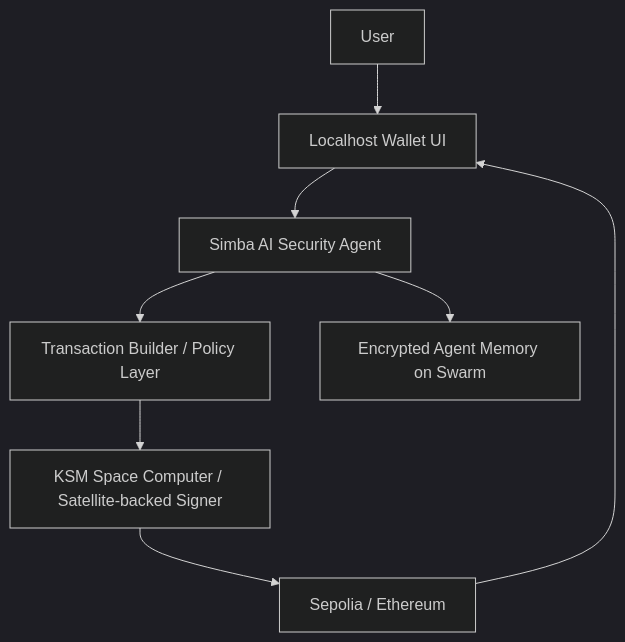
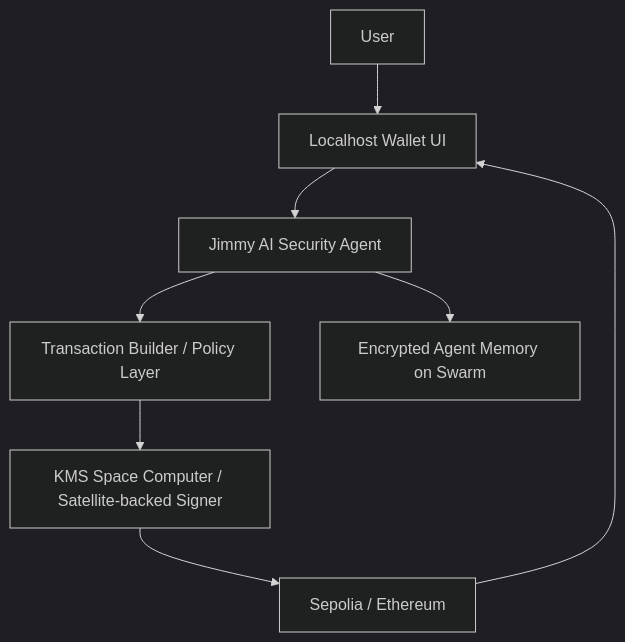
One commit to bubon-ik/ETHPrague-2026-Hack changed the diagram in README.md. Above: the diagram before and after it, drawn with Mermaid (dark theme). The commit also changed other lines of this file, not shown here.

Commit message:
Rename Simba Agent to Jimmy Agent in README

````diff
--- a/README.md
+++ b/README.md
@@ -167,10 +167,10 @@
 ```mermaid
 flowchart TD
     User[User] --> UI[Localhost Wallet UI]
-    UI --> Agent[Simba AI Security Agent]
+    UI --> Agent[Jimmy AI Security Agent]
     Agent --> Builder[Transaction Builder / Policy Layer]
-    Builder --> Signer[KSM Space Computer / Satellite-backed Signer]
+    Builder --> Signer[KMS Space Computer / Satellite-backed Signer]
     Signer --> Chain[Sepolia / Ethereum]
     Agent --> Swarm[Encrypted Agent Memory on Swarm]
     Chain --> UI
 ```
````
